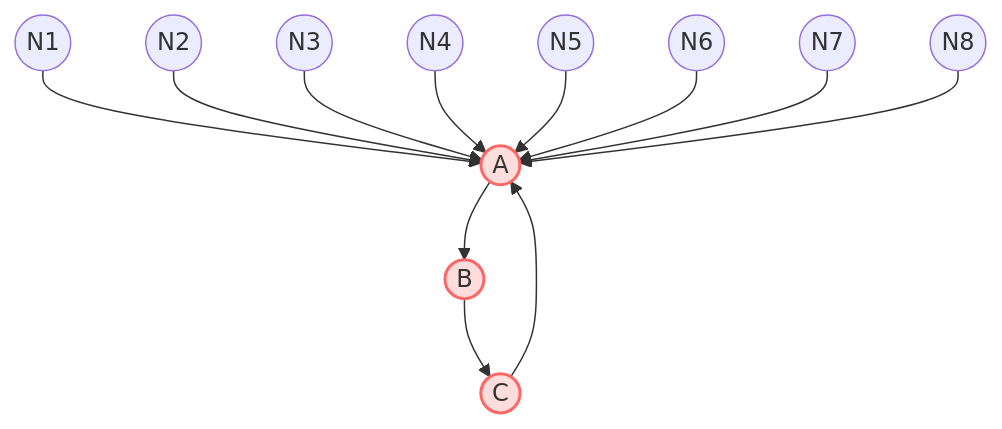
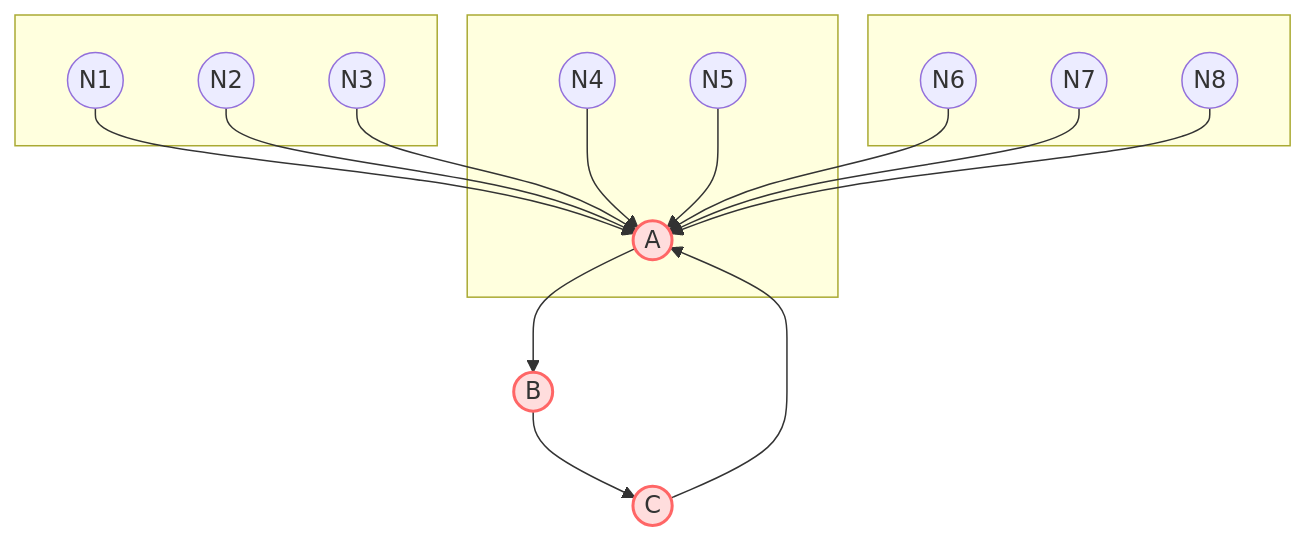
The diagram in Archive/A Novel Statistical Computational, and Philosophical Solution to Determine Interactions Between n Bodies in Euclidean Space.md (LinaNoor-AGI/noor-research), drawn with Mermaid before and after one commit. The commit also changed other lines of this file, not shown here.

Commit message:
Update A Novel Statistical Computational, and Philosophical Solution to Determine Interactions Between n Bodies in Euclidean Space.md

````diff
--- a/Archive/A Novel Statistical Computational, and Philosophical Solution to Determine Interactions Between n Bodies in Euclidean Space.md
+++ b/Archive/A Novel Statistical Computational, and Philosophical Solution to Determine Interactions Between n Bodies in Euclidean Space.md
@@ -156,24 +158,42 @@
 ```mermaid
 graph TD
 
-%% Central Node
-A((A)):::main
+%% Top row
+subgraph Row1 [ ]
+  N00((N1))
+  N10((N2))
+  N20((N3))
+end
 
-%% Moore Neighborhood
-N00((N1)) --> A
-N10((N2)) --> A
-N20((N3)) --> A
-N01((N4)) --> A
-N21((N5)) --> A
-N02((N6)) --> A
-N12((N7)) --> A
-N22((N8)) --> A
+%% Middle row
+subgraph Row2 [ ]
+  N01((N4))
+  A((A)):::main
+  N21((N5))
+end
 
-%% Triangle Path A → B → C → A
+%% Bottom row
+subgraph Row3 [ ]
+  N02((N6))
+  N12((N7))
+  N22((N8))
+end
+
+%% Moore neighborhood arrows
+N00 --> A
+N10 --> A
+N20 --> A
+N01 --> A
+N21 --> A
+N02 --> A
+N12 --> A
+N22 --> A
+
+%% Triangle loop
 A --> B((B)):::main
 B --> C((C)):::main
 C --> A
 
 %% Styling
 classDef main fill:#fdd,stroke:#f66,stroke-width:2px;
-```
+``` 
````
